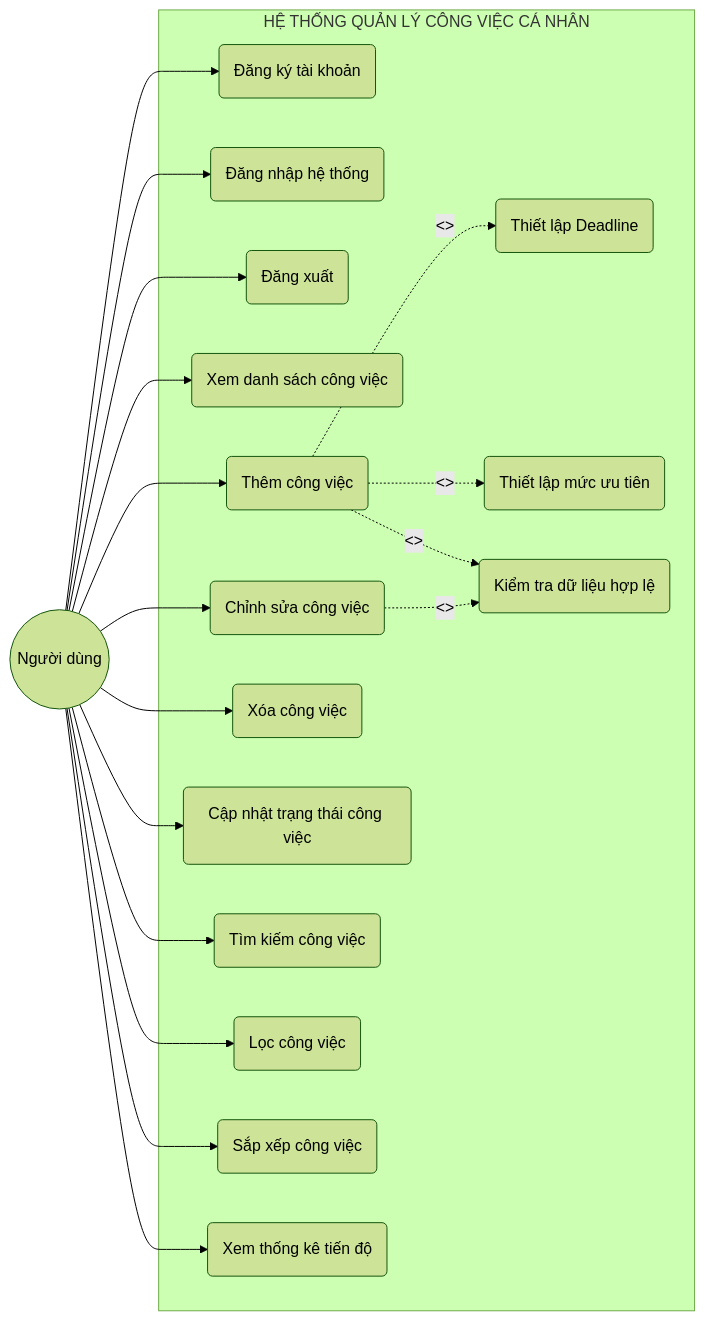
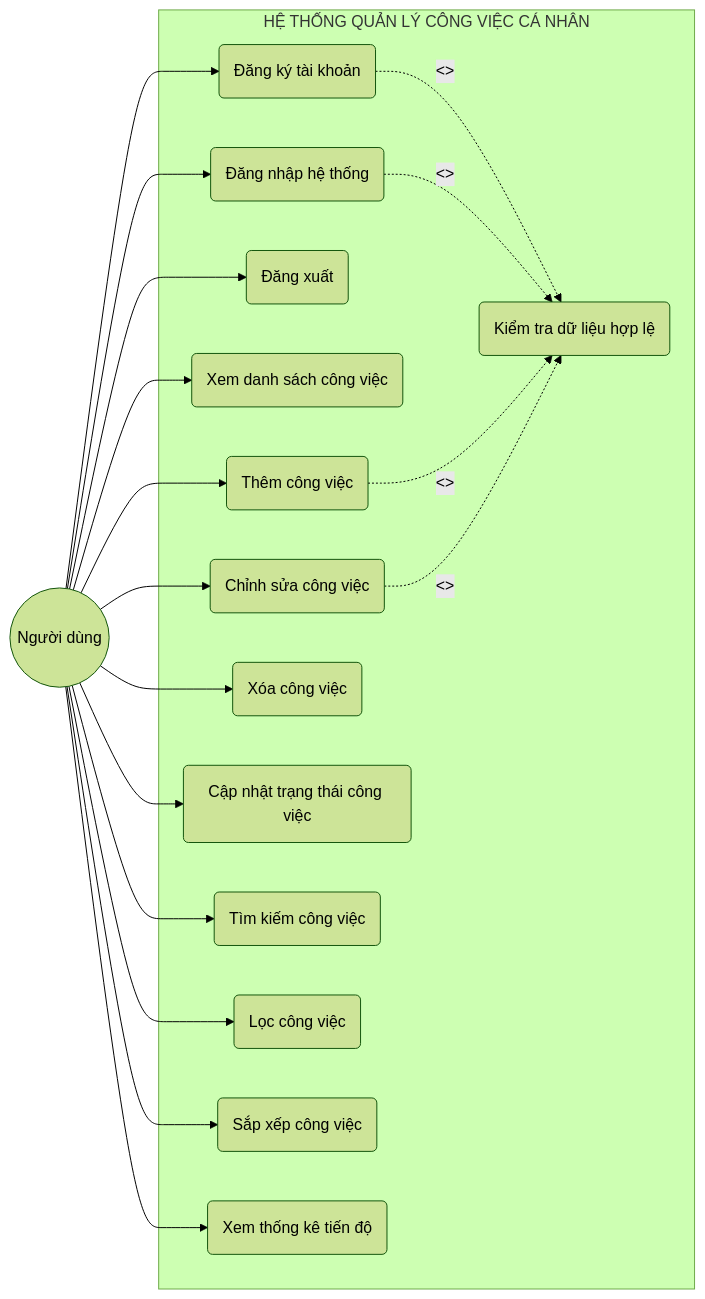
Before and after one commit to anhngocto-prog/He-thong-quan-ly-va-theo-doi-tien-do-cong-viec-ca-nhan: the first of 4 diagrams in ANALYSIS.md, drawn with Mermaid (forest theme). The commit also changed other lines of this file, not shown here.

````diff
--- a/ANALYSIS.md
+++ b/ANALYSIS.md
@@ -68,56 +69,52 @@
 ```mermaid
 graph LR
 
     User((Người dùng))
 
     subgraph "HỆ THỐNG QUẢN LÝ CÔNG VIỆC CÁ NHÂN"
 
         UC1(Đăng ký tài khoản)
         UC2(Đăng nhập hệ thống)
         UC3(Đăng xuất)
 
         UC4(Xem danh sách công việc)
 
         UC5(Thêm công việc)
         UC6(Chỉnh sửa công việc)
         UC7(Xóa công việc)
 
         UC8(Cập nhật trạng thái công việc)
-
-        UC9(Thiết lập Deadline)
-        UC10(Thiết lập mức ưu tiên)
 
         UC11(Tìm kiếm công việc)
         UC12(Lọc công việc)
         UC13(Sắp xếp công việc)
 
         UC14(Xem thống kê tiến độ)
 
         UC15(Kiểm tra dữ liệu hợp lệ)
 
     end
 
     User --> UC1
     User --> UC2
     User --> UC3
 
     User --> UC4
 
     User --> UC5
     User --> UC6
     User --> UC7
 
     User --> UC8
 
     User --> UC11
     User --> UC12
     User --> UC13
 
     User --> UC14
 
-    UC5 -.<<include>>.-> UC9
-    UC5 -.<<include>>.-> UC10
+    UC1 -.<<include>>.-> UC15
+    UC2 -.<<include>>.-> UC15
     UC5 -.<<include>>.-> UC15
-
     UC6 -.<<include>>.-> UC15
 ```
````
